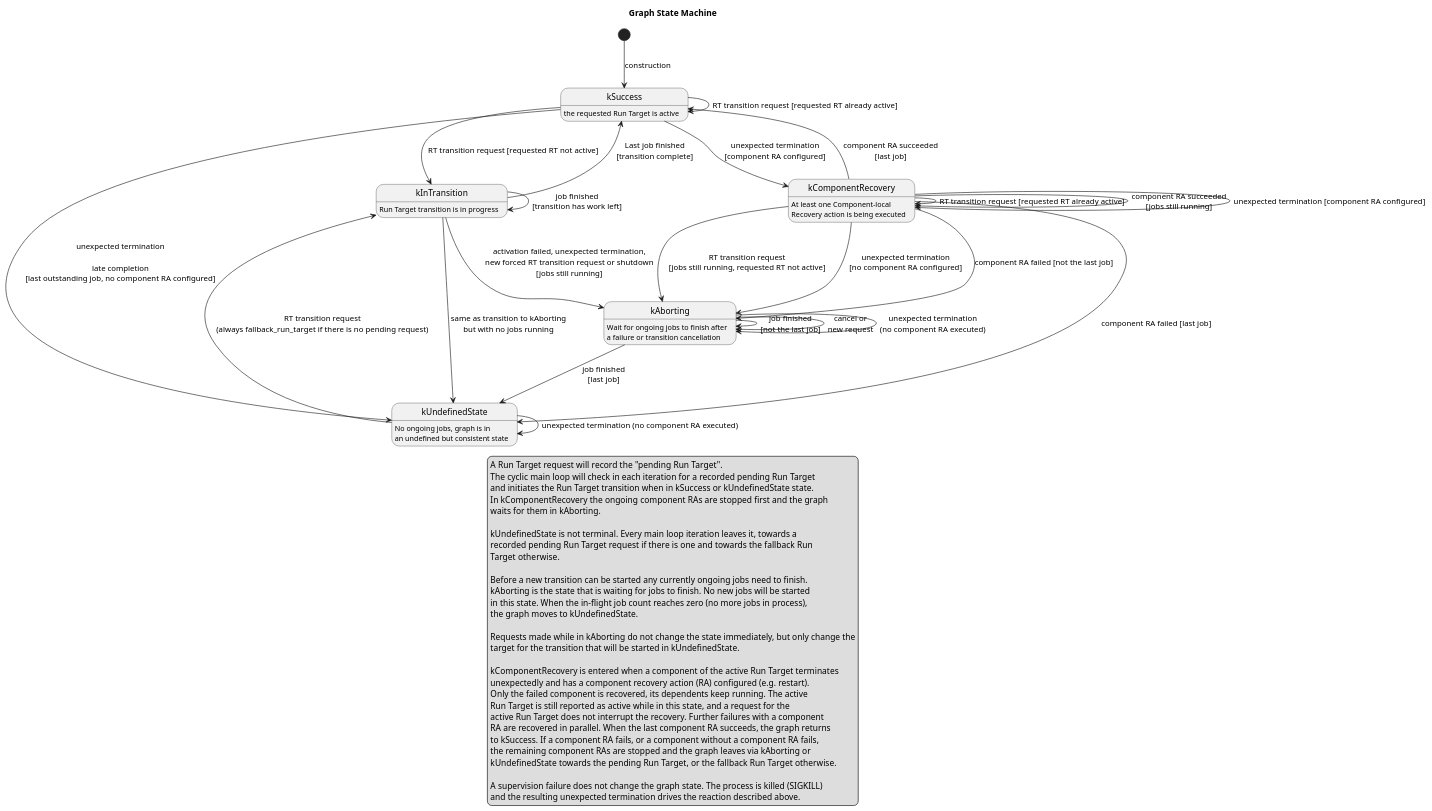
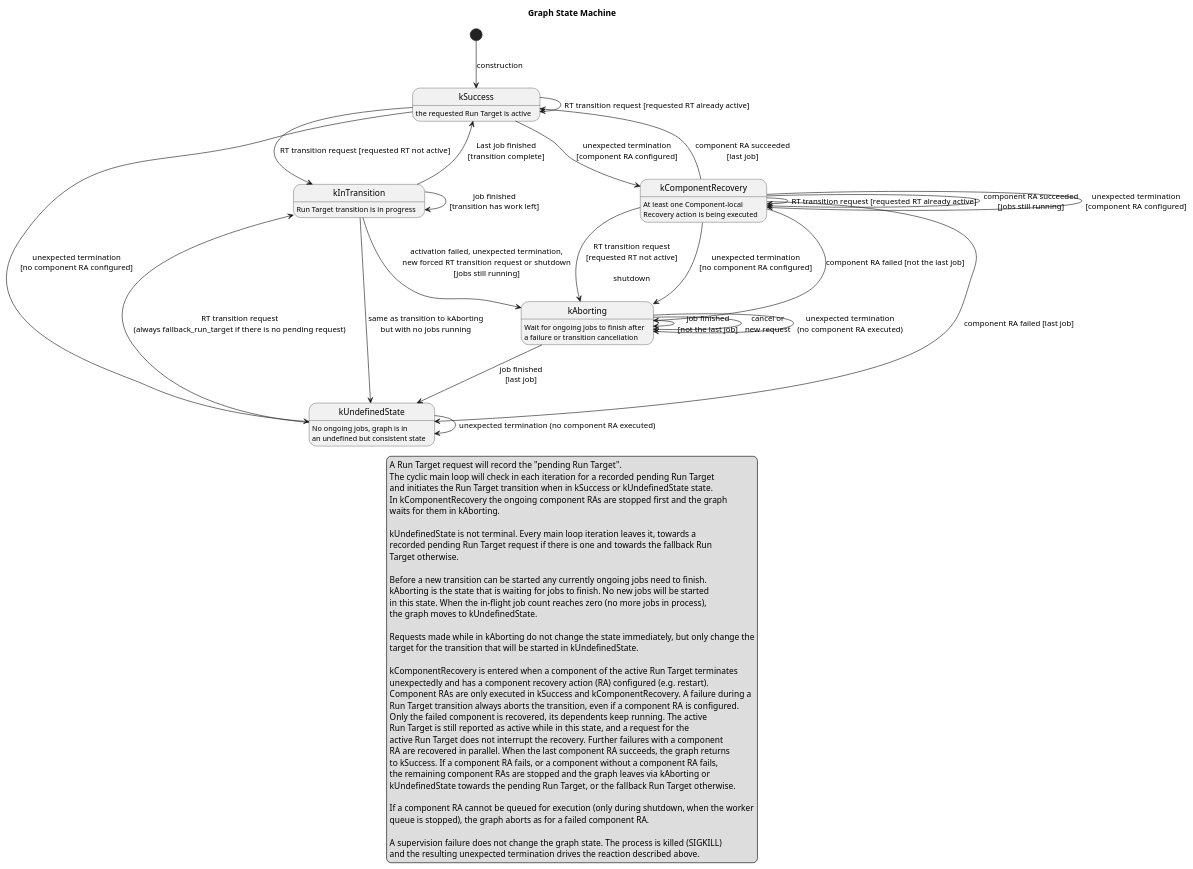
Before and after one commit to eclipse-score/lifecycle: the diagram in score/launch_manager/docs/detailed_design/_assets/graph_states.puml, drawn with PlantUML.

Commit message:
Update graph state machine

```diff
--- a/score/launch_manager/docs/detailed_design/_assets/graph_states.puml
+++ b/score/launch_manager/docs/detailed_design/_assets/graph_states.puml
@@ -14,82 +14,87 @@
 @startuml graph_states
 
 title Graph State Machine
 
 kSuccess : the requested Run Target is active
 kInTransition : Run Target transition is in progress
 kAborting : Wait for ongoing jobs to finish after\na failure or transition cancellation
 kUndefinedState : No ongoing jobs, graph is in\nan undefined but consistent state
 state kComponentRecovery
 kComponentRecovery : At least one Component-local\nRecovery action is being executed
 
 [*] --> kSuccess : construction
 
 kSuccess --> kSuccess : RT transition request [requested RT already active]
 
 ' --- starting a transition ---------------------------------------------------
 kSuccess --> kInTransition : RT transition request [requested RT not active]
 kUndefinedState --> kInTransition : RT transition request\n(always fallback_run_target if there is no pending request)
 
 ' --- running a transition ----------------------------------------------------
 kInTransition --> kInTransition : job finished\n[transition has work left]
 kInTransition --> kSuccess : Last job finished\n[transition complete]
 
 ' --- leaving a transition ----------------------------------------------------
 kInTransition --> kAborting : activation failed, unexpected termination,\nnew forced RT transition request or shutdown\n[jobs still running]
 kInTransition --> kUndefinedState : same as transition to kAborting\nbut with no jobs running
 
 ' --- aborting ----------------------------------------------------------------
 kAborting --> kAborting : job finished\n[not the last job]
 kAborting --> kUndefinedState : job finished\n[last job]
 kAborting --> kAborting : cancel or\nnew request
 kAborting --> kAborting : unexpected termination\n(no component RA executed)
 
 ' --- failures outside a transition -------------------------------------------
-kSuccess --> kUndefinedState : unexpected termination\n\nlate completion\n[last outstanding job, no component RA configured]
+kSuccess --> kUndefinedState : unexpected termination\n[no component RA configured]
 kUndefinedState --> kUndefinedState : unexpected termination (no component RA executed)
 
 ' --- Local Recovery Action
 kSuccess --> kComponentRecovery : unexpected termination\n[component RA configured]
 kComponentRecovery --> kComponentRecovery : RT transition request [requested RT already active]
 kComponentRecovery --> kSuccess: component RA succeeded\n[last job]
 kComponentRecovery --> kComponentRecovery : component RA succeeded\n[jobs still running]
-kComponentRecovery --> kComponentRecovery : unexpected termination [component RA configured]
-kComponentRecovery --> kAborting : RT transition request\n[jobs still running, requested RT not active]
+kComponentRecovery --> kComponentRecovery : unexpected termination\n[component RA configured]
+kComponentRecovery --> kAborting : RT transition request\n[requested RT not active]\n\nshutdown
 kComponentRecovery --> kAborting : unexpected termination\n[no component RA configured]
 kComponentRecovery --> kAborting : component RA failed [not the last job]
 kComponentRecovery --> kUndefinedState : component RA failed [last job]
 
 legend bottom
   A Run Target request will record the "pending Run Target".
   The cyclic main loop will check in each iteration for a recorded pending Run Target
   and initiates the Run Target transition when in kSuccess or kUndefinedState state.
   In kComponentRecovery the ongoing component RAs are stopped first and the graph
   waits for them in kAborting.
 
   kUndefinedState is not terminal. Every main loop iteration leaves it, towards a
   recorded pending Run Target request if there is one and towards the fallback Run 
   Target otherwise.
 
   Before a new transition can be started any currently ongoing jobs need to finish.
   kAborting is the state that is waiting for jobs to finish. No new jobs will be started
   in this state. When the in-flight job count reaches zero (no more jobs in process),
   the graph moves to kUndefinedState.
   
   Requests made while in kAborting do not change the state immediately, but only change the
   target for the transition that will be started in kUndefinedState.
 
   kComponentRecovery is entered when a component of the active Run Target terminates
   unexpectedly and has a component recovery action (RA) configured (e.g. restart).
+  Component RAs are only executed in kSuccess and kComponentRecovery. A failure during a
+  Run Target transition always aborts the transition, even if a component RA is configured.
   Only the failed component is recovered, its dependents keep running. The active
   Run Target is still reported as active while in this state, and a request for the
   active Run Target does not interrupt the recovery. Further failures with a component
   RA are recovered in parallel. When the last component RA succeeds, the graph returns
   to kSuccess. If a component RA fails, or a component without a component RA fails,
   the remaining component RAs are stopped and the graph leaves via kAborting or
   kUndefinedState towards the pending Run Target, or the fallback Run Target otherwise.
 
+  If a component RA cannot be queued for execution (only during shutdown, when the worker
+  queue is stopped), the graph aborts as for a failed component RA.
+
   A supervision failure does not change the graph state. The process is killed (SIGKILL)
   and the resulting unexpected termination drives the reaction described above.
 end legend
 
 @enduml
```
